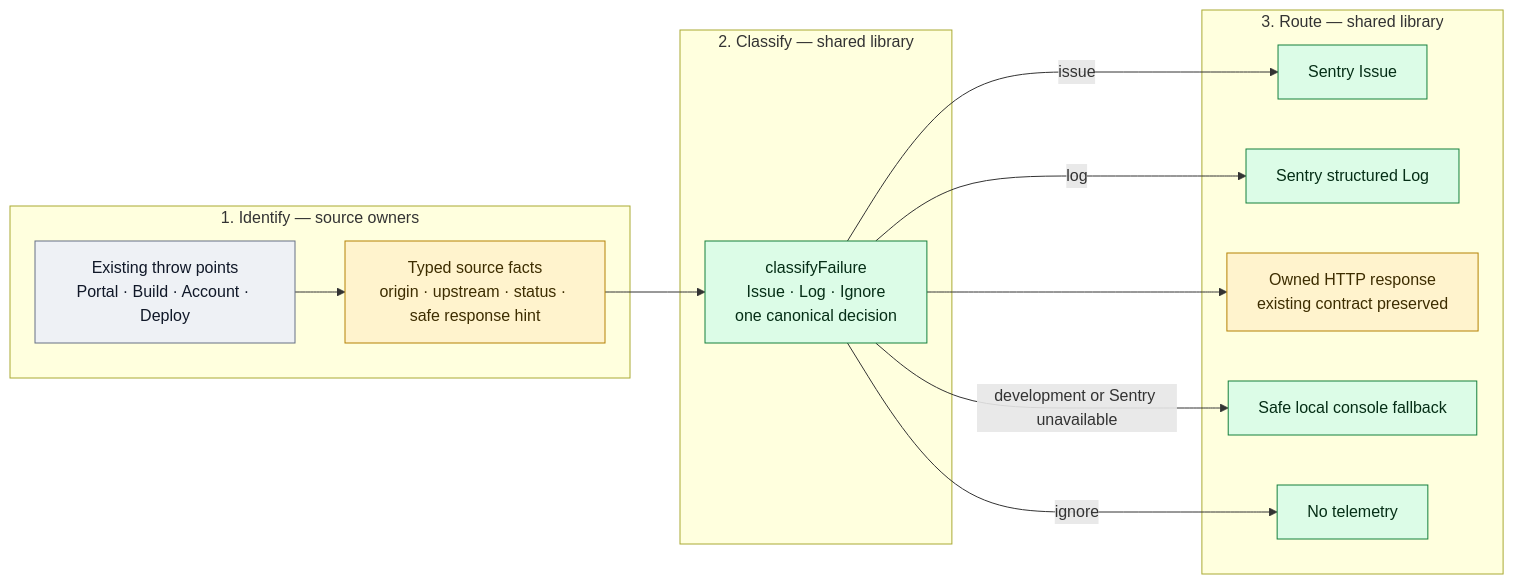
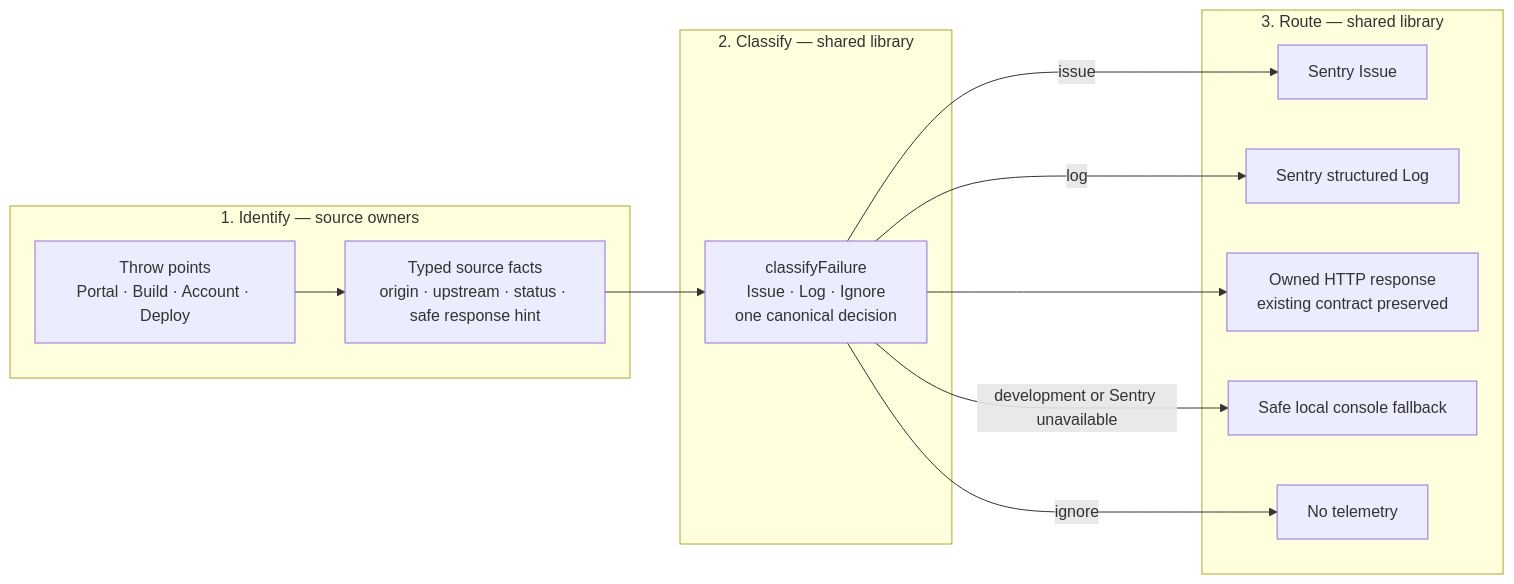
One commit to aomi-labs/aomi changed the diagram in docs/topics/bff/facts/sentry-observability.md. Above: the diagram before and after it, drawn with Mermaid. The commit also changed other lines of this file and 12 other files, not shown here.

````diff
--- a/docs/topics/bff/facts/sentry-observability.md
+++ b/docs/topics/bff/facts/sentry-observability.md
@@ -64,34 +29,28 @@
 ```mermaid
 flowchart LR
   subgraph L1["1. Identify — source owners"]
-    A["Existing throw points<br/>Portal · Build · Account · Deploy"]
+    A["Throw points<br/>Portal · Build · Account · Deploy"]
     B["Typed source facts<br/>origin · upstream · status · safe response hint"]
     A --> B
   end
 
   subgraph L2["2. Classify — shared library"]
     C["classifyFailure<br/>Issue · Log · Ignore<br/>one canonical decision"]
   end
 
   subgraph L3["3. Route — shared library"]
     D["Sentry Issue"]
     E["Sentry structured Log"]
     F["Owned HTTP response<br/>existing contract preserved"]
     G["Safe local console fallback"]
     H["No telemetry"]
   end
 
   B --> C
   C -->|"issue"| D
   C -->|"log"| E
   C --> F
   C -->|"development or Sentry unavailable"| G
   C -->|"ignore"| H
 
-  classDef existing fill:#eef1f5,stroke:#667085,color:#101828
-  classDef changed fill:#fff3cd,stroke:#b58105,color:#3d2d00
-  classDef added fill:#dcfce7,stroke:#15803d,color:#052e16
-  class A existing
-  class B,F changed
-  class C,D,E,G,H added
 ```
````
